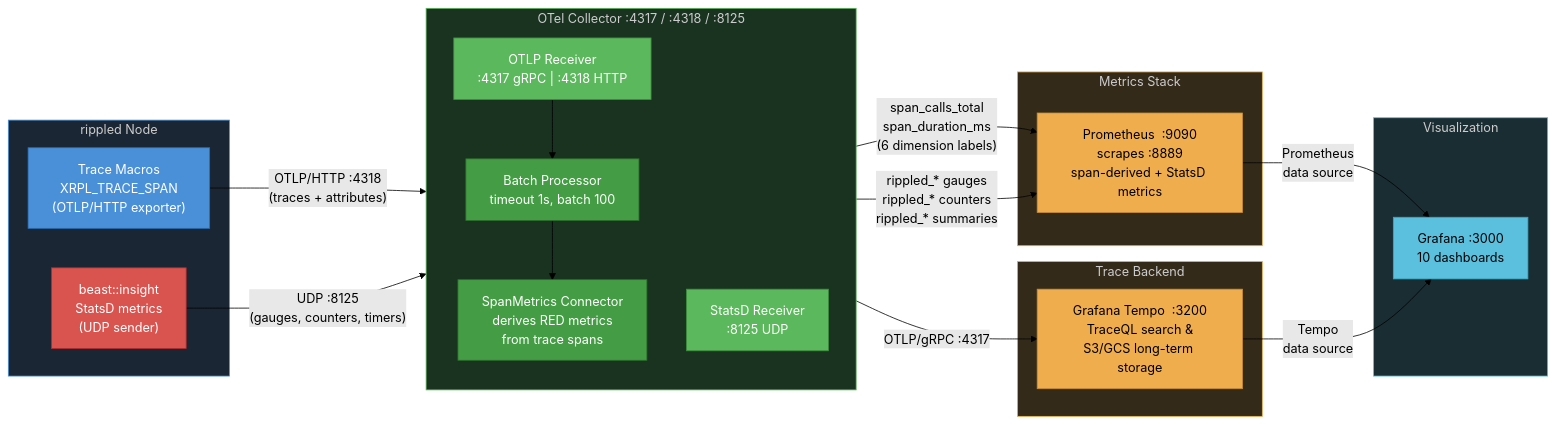
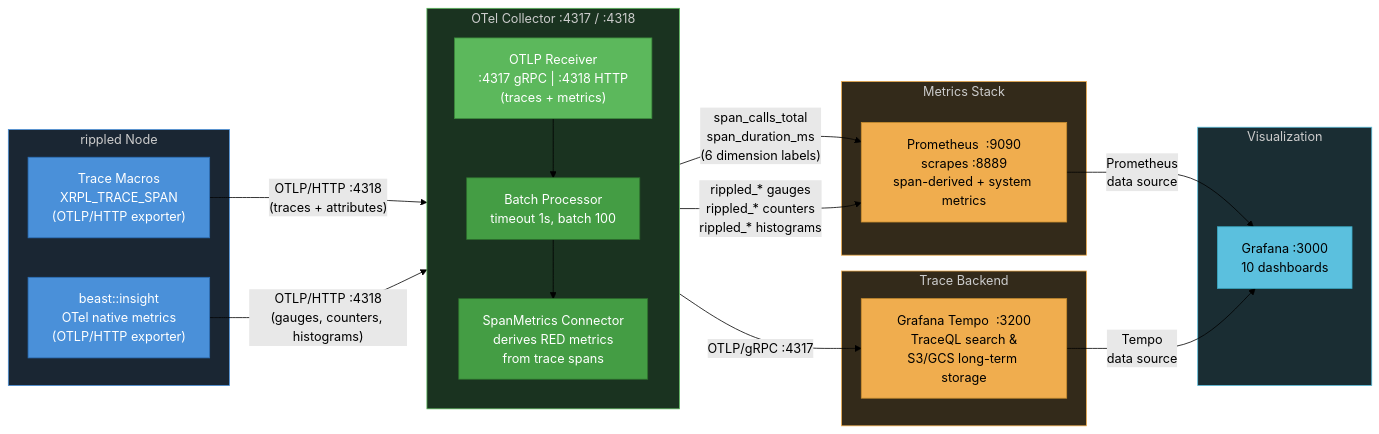
One commit to XRPLF/rippled changed the diagram in OpenTelemetryPlan/09-data-collection-reference.md. Above: the diagram before and after it, drawn with Mermaid (forest theme). The commit also changed other lines of this file and 19 other files, not shown here.

Commit message:
Phase 7: Native OTel metrics migration

````diff
--- a/OpenTelemetryPlan/09-data-collection-reference.md
+++ b/OpenTelemetryPlan/09-data-collection-reference.md
@@ -9,56 +9,54 @@
 ```mermaid
 graph LR
     subgraph rippledNode["rippled Node"]
         A["Trace Macros<br/>XRPL_TRACE_SPAN<br/>(OTLP/HTTP exporter)"]
-        B["beast::insight<br/>StatsD metrics<br/>(UDP sender)"]
+        B["beast::insight<br/>OTel native metrics<br/>(OTLP/HTTP exporter)"]
     end
 
-    subgraph collector["OTel Collector  :4317 / :4318 / :8125"]
+    subgraph collector["OTel Collector  :4317 / :4318"]
         direction TB
-        R1["OTLP Receiver<br/>:4317 gRPC  |  :4318 HTTP"]
-        R2["StatsD Receiver<br/>:8125 UDP"]
+        R1["OTLP Receiver<br/>:4317 gRPC  |  :4318 HTTP<br/>(traces + metrics)"]
         BP["Batch Processor<br/>timeout 1s, batch 100"]
         SM["SpanMetrics Connector<br/>derives RED metrics<br/>from trace spans"]
 
         R1 --> BP
         BP --> SM
     end
 
     subgraph backends["Trace Backend"]
         D["Grafana Tempo  :3200<br/>TraceQL search &<br/>S3/GCS long-term storage"]
     end
 
     subgraph metrics["Metrics Stack"]
-        E["Prometheus  :9090<br/>scrapes :8889<br/>span-derived + StatsD metrics"]
+        E["Prometheus  :9090<br/>scrapes :8889<br/>span-derived + system metrics"]
     end
 
     subgraph viz["Visualization"]
         F["Grafana  :3000<br/>10 dashboards"]
     end
 
     A -->|"OTLP/HTTP :4318<br/>(traces + attributes)"| R1
-    B -->|"UDP :8125<br/>(gauges, counters, timers)"| R2
+    B -->|"OTLP/HTTP :4318<br/>(gauges, counters, histograms)"| R1
 
     BP -->|"OTLP/gRPC :4317"| D
 
     SM -->|"span_calls_total<br/>span_duration_ms<br/>(6 dimension labels)"| E
-    R2 -->|"rippled_* gauges<br/>rippled_* counters<br/>rippled_* summaries"| E
+    R1 -->|"rippled_* gauges<br/>rippled_* counters<br/>rippled_* histograms"| E
 
     E -->|"Prometheus<br/>data source"| F
     D -->|"Tempo<br/>data source"| F
 
     style A fill:#4a90d9,color:#fff,stroke:#2a6db5
-    style B fill:#d9534f,color:#fff,stroke:#b52d2d
+    style B fill:#4a90d9,color:#fff,stroke:#2a6db5
     style R1 fill:#5cb85c,color:#fff,stroke:#3d8b3d
-    style R2 fill:#5cb85c,color:#fff,stroke:#3d8b3d
     style BP fill:#449d44,color:#fff,stroke:#2d6e2d
     style SM fill:#449d44,color:#fff,stroke:#2d6e2d
     style D fill:#f0ad4e,color:#000,stroke:#c78c2e
     style E fill:#f0ad4e,color:#000,stroke:#c78c2e
     style F fill:#5bc0de,color:#000,stroke:#3aa8c1
     style rippledNode fill:#1a2633,color:#ccc,stroke:#4a90d9
     style collector fill:#1a3320,color:#ccc,stroke:#5cb85c
     style backends fill:#332a1a,color:#ccc,stroke:#f0ad4e
     style metrics fill:#332a1a,color:#ccc,stroke:#f0ad4e
     style viz fill:#1a2d33,color:#ccc,stroke:#5bc0de
 ```
````
